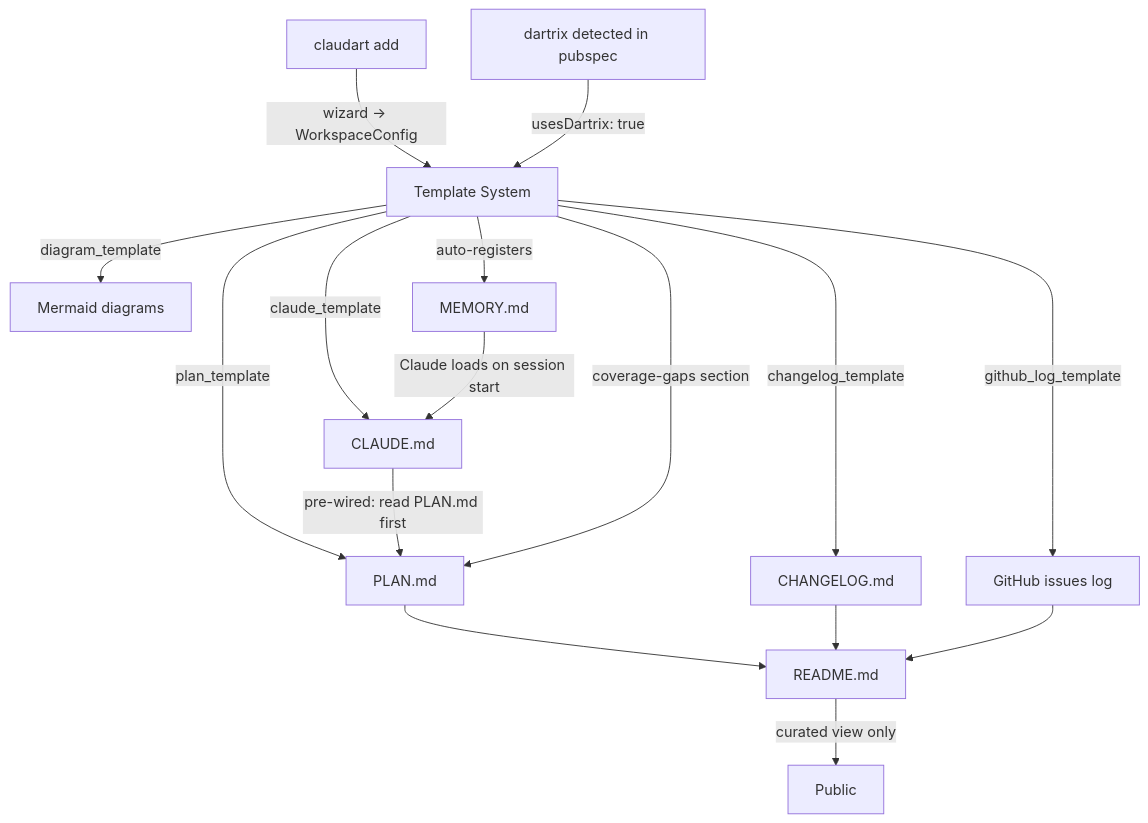
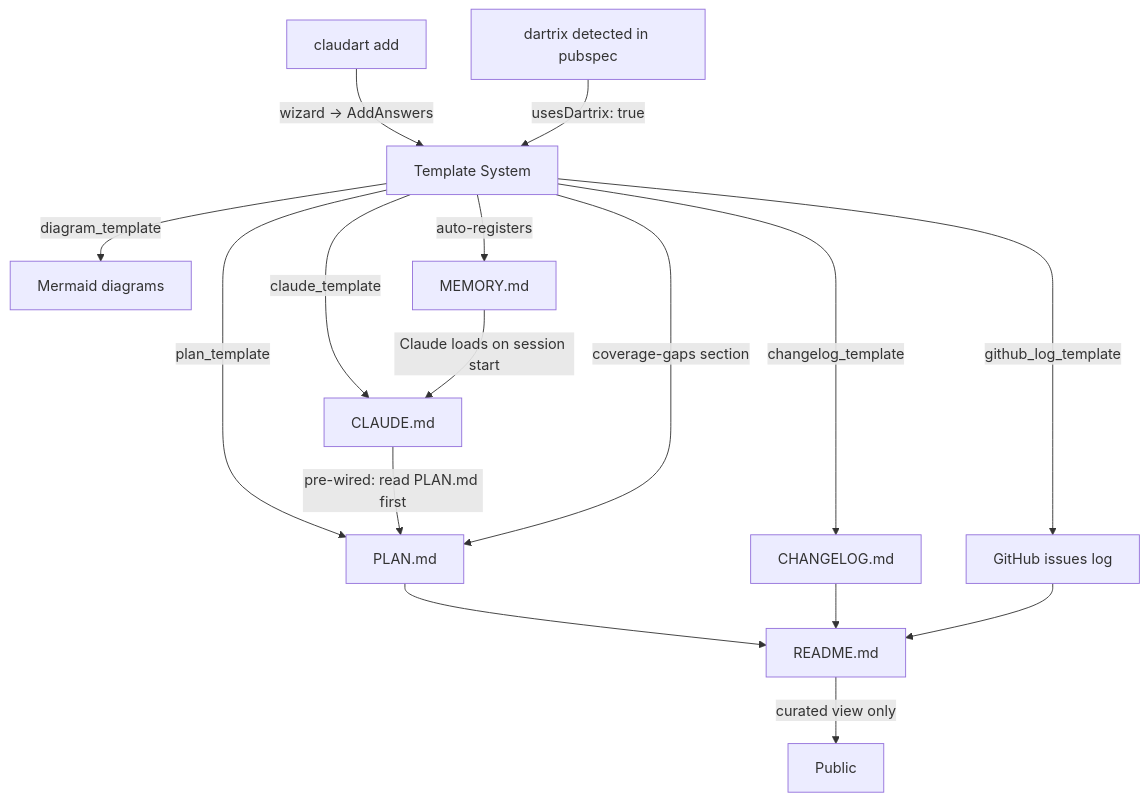
Before and after one commit to MakerPact/claudart: the first of 3 diagrams in PLAN.md, drawn with Mermaid. The commit also changed other lines of this file and 5 other files, not shown here.

First line of the commit message:
refactor: rename lib/config.dart's WorkspaceConfig to ProjectConfig

````diff
--- a/PLAN.md
+++ b/PLAN.md
@@ -37,20 +37,20 @@
 ```mermaid
 graph TD
-    A[claudart add] -->|wizard → WorkspaceConfig| B[Template System]
+    A[claudart add] -->|wizard → AddAnswers| B[Template System]
     B -->|plan_template| C[PLAN.md]
     B -->|claude_template| D[CLAUDE.md]
     B -->|diagram_template| E[Mermaid diagrams]
     B -->|changelog_template| F[CHANGELOG.md]
     B -->|github_log_template| G[GitHub issues log]
     C --> H[README.md]
     F --> H
     G --> H
     H -->|curated view only| I[Public]
 
     D -->|pre-wired: read PLAN.md first| C
     B -->|auto-registers| J[MEMORY.md]
     J -->|Claude loads on session start| D
 
     K[dartrix detected in pubspec] -->|usesDartrix: true| B
     B -->|coverage-gaps section| C
 ```
````
